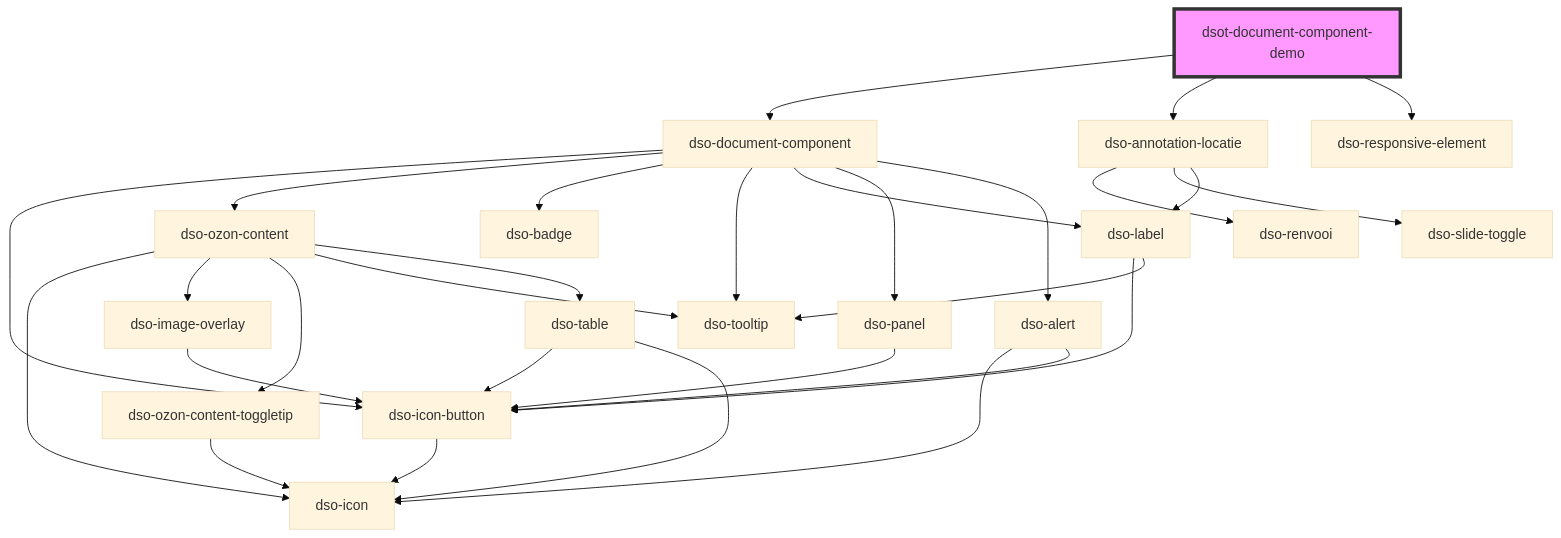
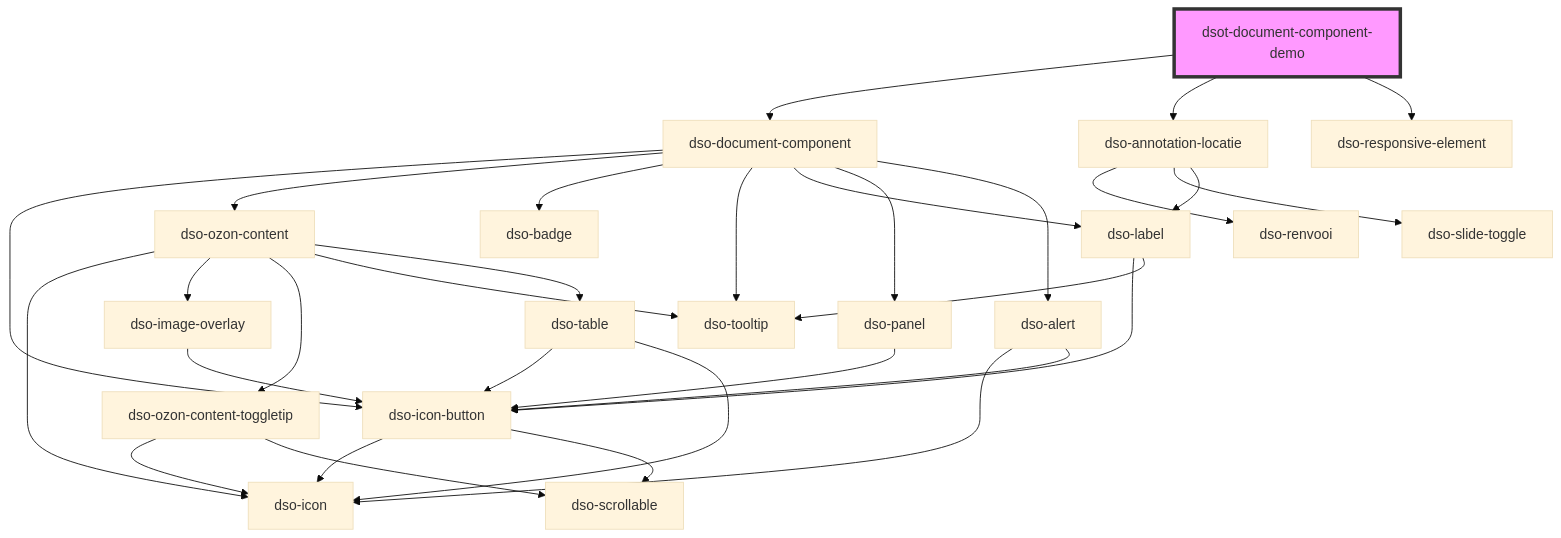
One commit to dso-toolkit/dso-toolkit changed the diagram in packages/core/src/components/document-component-demo/readme.md. Above: the diagram before and after it, drawn with Mermaid (base theme). The commit also changed 39 other files, not shown here.

````diff
--- a/packages/core/src/components/document-component-demo/readme.md
+++ b/packages/core/src/components/document-component-demo/readme.md
@@ -37,32 +37,34 @@
 ```mermaid
 graph TD;
   dsot-document-component-demo --> dso-document-component
   dsot-document-component-demo --> dso-annotation-locatie
   dsot-document-component-demo --> dso-responsive-element
   dso-document-component --> dso-icon-button
   dso-document-component --> dso-ozon-content
   dso-document-component --> dso-badge
   dso-document-component --> dso-tooltip
   dso-document-component --> dso-label
   dso-document-component --> dso-panel
   dso-document-component --> dso-alert
   dso-icon-button --> dso-icon
+  dso-icon-button --> dso-scrollable
   dso-ozon-content --> dso-icon
   dso-ozon-content --> dso-image-overlay
   dso-ozon-content --> dso-ozon-content-toggletip
   dso-ozon-content --> dso-tooltip
   dso-ozon-content --> dso-table
   dso-image-overlay --> dso-icon-button
   dso-ozon-content-toggletip --> dso-icon
   dso-table --> dso-icon-button
+  dso-ozon-content-toggletip --> dso-scrollable
   dso-table --> dso-icon
   dso-label --> dso-icon-button
   dso-label --> dso-tooltip
   dso-panel --> dso-icon-button
   dso-alert --> dso-icon
   dso-alert --> dso-icon-button
   dso-annotation-locatie --> dso-renvooi
   dso-annotation-locatie --> dso-slide-toggle
   dso-annotation-locatie --> dso-label
   style dsot-document-component-demo fill:#f9f,stroke:#333,stroke-width:4px
 ```
````
